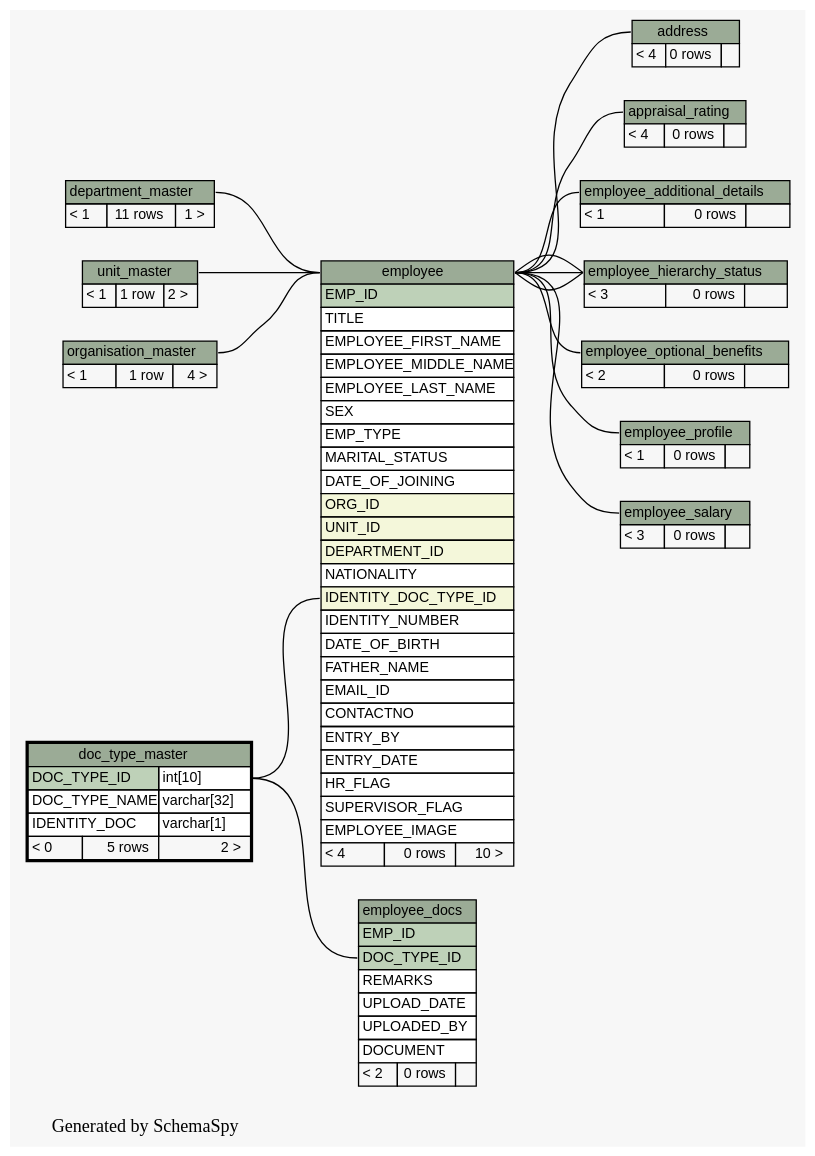
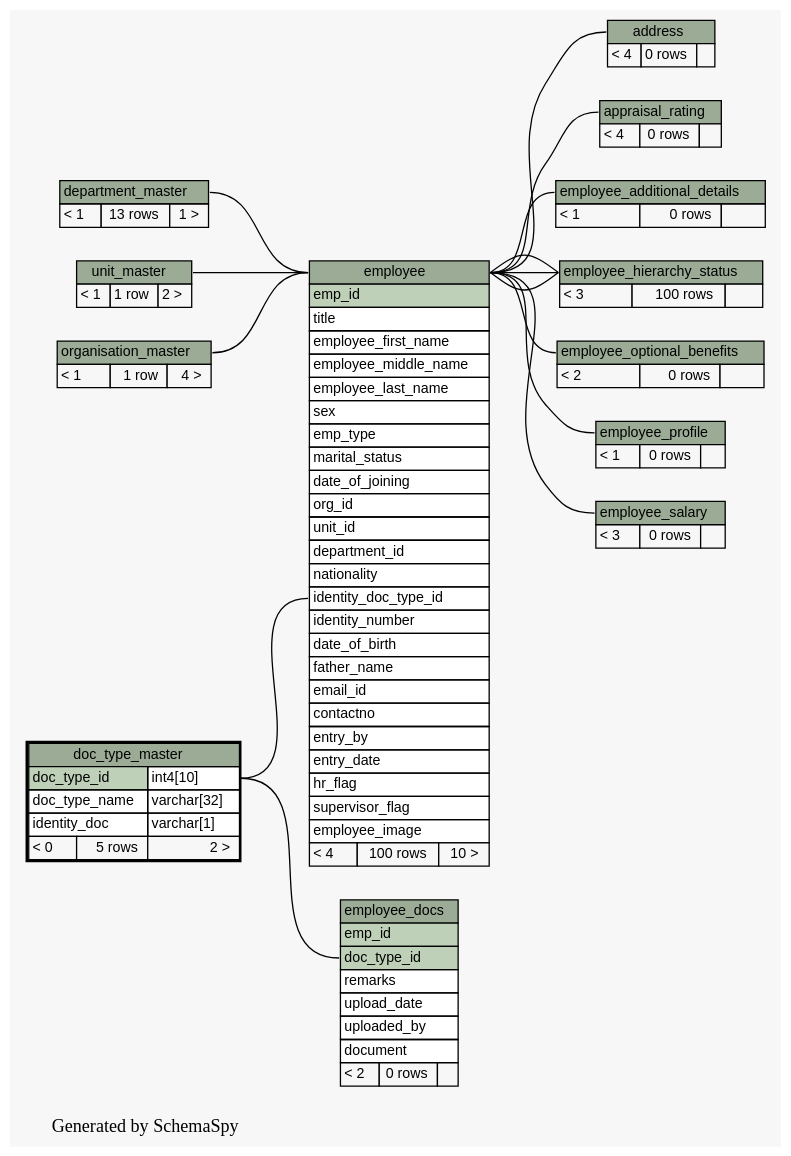
Before and after one commit to engineerscraft/hrms: the diagram in docs/database/schemaspy/graphs/doc_type_master.2degrees.dot, drawn with Graphviz. The commit also changed 214 other files, not shown here.

```diff
--- a/docs/database/schemaspy/graphs/doc_type_master.2degrees.dot
+++ b/docs/database/schemaspy/graphs/doc_type_master.2degrees.dot
@@ -14,14 +14,14 @@
   edge [
     arrowsize="0.8"
   ];
-  "address":"address.heading":w -> "employee":"employee.heading":e [arrowtail=tee arrowhead=none];
+  "address":"address.heading":w -> "employee":"employee.heading":e [arrowtail=crowtee arrowhead=none];
   "appraisal_rating":"appraisal_rating.heading":w -> "employee":"employee.heading":e [arrowtail=crowtee arrowhead=none];
   "employee":"employee.heading":w -> "department_master":"department_master.heading":e [arrowtail=crowodot arrowhead=none];
-  "employee":"IDENTITY_DOC_TYPE_ID":w -> "doc_type_master":"DOC_TYPE_ID.type":e [arrowtail=crowodot arrowhead=none];
+  "employee":"identity_doc_type_id":w -> "doc_type_master":"doc_type_id.type":e [arrowtail=crowodot arrowhead=none];
   "employee":"employee.heading":w -> "organisation_master":"organisation_master.heading":e [arrowtail=crowodot arrowhead=none];
   "employee":"employee.heading":w -> "unit_master":"unit_master.heading":e [arrowtail=crowodot arrowhead=none];
   "employee_additional_details":"employee_additional_details.heading":w -> "employee":"employee.heading":e [arrowtail=tee arrowhead=none];
-  "employee_docs":"DOC_TYPE_ID":w -> "doc_type_master":"DOC_TYPE_ID.type":e [arrowtail=crowtee arrowhead=none];
+  "employee_docs":"doc_type_id":w -> "doc_type_master":"doc_type_id.type":e [arrowtail=crowtee arrowhead=none];
   "employee_hierarchy_status":"employee_hierarchy_status.heading":w -> "employee":"employee.heading":e [arrowtail=tee arrowhead=none];
   "employee_hierarchy_status":"employee_hierarchy_status.heading":w -> "employee":"employee.heading":e [arrowtail=crowodot arrowhead=none];
   "employee_hierarchy_status":"employee_hierarchy_status.heading":w -> "employee":"employee.heading":e [arrowtail=crowodot arrowhead=none];
@@ -50,7 +50,7 @@
     label=<
     <TABLE BORDER="0" CELLBORDER="1" CELLSPACING="0" BGCOLOR="#ffffff">
       <TR><TD PORT="department_master.heading" COLSPAN="3" BGCOLOR="#9bab96" ALIGN="CENTER">department_master</TD></TR>
-      <TR><TD ALIGN="LEFT" BGCOLOR="#f7f7f7">&lt; 1</TD><TD ALIGN="RIGHT" BGCOLOR="#f7f7f7">11 rows</TD><TD ALIGN="RIGHT" BGCOLOR="#f7f7f7">1 &gt;</TD></TR>
+      <TR><TD ALIGN="LEFT" BGCOLOR="#f7f7f7">&lt; 1</TD><TD ALIGN="RIGHT" BGCOLOR="#f7f7f7">13 rows</TD><TD ALIGN="RIGHT" BGCOLOR="#f7f7f7">1 &gt;</TD></TR>
     </TABLE>>
     URL="department_master.html#graph"
     tooltip="department_master"
@@ -59,9 +59,9 @@
     label=<
     <TABLE BORDER="2" CELLBORDER="1" CELLSPACING="0" BGCOLOR="#ffffff">
       <TR><TD PORT="doc_type_master.heading" COLSPAN="3" BGCOLOR="#9bab96" ALIGN="CENTER">doc_type_master</TD></TR>
-      <TR><TD PORT="DOC_TYPE_ID" COLSPAN="2" BGCOLOR="#bed1b8" ALIGN="LEFT">DOC_TYPE_ID</TD><TD PORT="DOC_TYPE_ID.type" ALIGN="LEFT">int[10]</TD></TR>
-      <TR><TD PORT="DOC_TYPE_NAME" COLSPAN="2" ALIGN="LEFT">DOC_TYPE_NAME</TD><TD PORT="DOC_TYPE_NAME.type" ALIGN="LEFT">varchar[32]</TD></TR>
-      <TR><TD PORT="IDENTITY_DOC" COLSPAN="2" ALIGN="LEFT">IDENTITY_DOC</TD><TD PORT="IDENTITY_DOC.type" ALIGN="LEFT">varchar[1]</TD></TR>
+      <TR><TD PORT="doc_type_id" COLSPAN="2" BGCOLOR="#bed1b8" ALIGN="LEFT">doc_type_id</TD><TD PORT="doc_type_id.type" ALIGN="LEFT">int4[10]</TD></TR>
+      <TR><TD PORT="doc_type_name" COLSPAN="2" ALIGN="LEFT">doc_type_name</TD><TD PORT="doc_type_name.type" ALIGN="LEFT">varchar[32]</TD></TR>
+      <TR><TD PORT="identity_doc" COLSPAN="2" ALIGN="LEFT">identity_doc</TD><TD PORT="identity_doc.type" ALIGN="LEFT">varchar[1]</TD></TR>
       <TR><TD ALIGN="LEFT" BGCOLOR="#f7f7f7">&lt; 0</TD><TD ALIGN="RIGHT" BGCOLOR="#f7f7f7">5 rows</TD><TD ALIGN="RIGHT" BGCOLOR="#f7f7f7">2 &gt;</TD></TR>
     </TABLE>>
     URL="doc_type_master.html#"
@@ -71,31 +71,31 @@
     label=<
     <TABLE BORDER="0" CELLBORDER="1" CELLSPACING="0" BGCOLOR="#ffffff">
       <TR><TD PORT="employee.heading" COLSPAN="3" BGCOLOR="#9bab96" ALIGN="CENTER">employee</TD></TR>
-      <TR><TD PORT="EMP_ID" COLSPAN="3" BGCOLOR="#bed1b8" ALIGN="LEFT">EMP_ID</TD></TR>
-      <TR><TD PORT="TITLE" COLSPAN="3" ALIGN="LEFT">TITLE</TD></TR>
-      <TR><TD PORT="EMPLOYEE_FIRST_NAME" COLSPAN="3" ALIGN="LEFT">EMPLOYEE_FIRST_NAME</TD></TR>
-      <TR><TD PORT="EMPLOYEE_MIDDLE_NAME" COLSPAN="3" ALIGN="LEFT">EMPLOYEE_MIDDLE_NAME</TD></TR>
-      <TR><TD PORT="EMPLOYEE_LAST_NAME" COLSPAN="3" ALIGN="LEFT">EMPLOYEE_LAST_NAME</TD></TR>
-      <TR><TD PORT="SEX" COLSPAN="3" ALIGN="LEFT">SEX</TD></TR>
-      <TR><TD PORT="EMP_TYPE" COLSPAN="3" ALIGN="LEFT">EMP_TYPE</TD></TR>
-      <TR><TD PORT="MARITAL_STATUS" COLSPAN="3" ALIGN="LEFT">MARITAL_STATUS</TD></TR>
-      <TR><TD PORT="DATE_OF_JOINING" COLSPAN="3" ALIGN="LEFT">DATE_OF_JOINING</TD></TR>
-      <TR><TD PORT="ORG_ID" COLSPAN="3" BGCOLOR="#f4f7da" ALIGN="LEFT">ORG_ID</TD></TR>
-      <TR><TD PORT="UNIT_ID" COLSPAN="3" BGCOLOR="#f4f7da" ALIGN="LEFT">UNIT_ID</TD></TR>
-      <TR><TD PORT="DEPARTMENT_ID" COLSPAN="3" BGCOLOR="#f4f7da" ALIGN="LEFT">DEPARTMENT_ID</TD></TR>
-      <TR><TD PORT="NATIONALITY" COLSPAN="3" ALIGN="LEFT">NATIONALITY</TD></TR>
-      <TR><TD PORT="IDENTITY_DOC_TYPE_ID" COLSPAN="3" BGCOLOR="#f4f7da" ALIGN="LEFT">IDENTITY_DOC_TYPE_ID</TD></TR>
-      <TR><TD PORT="IDENTITY_NUMBER" COLSPAN="3" ALIGN="LEFT">IDENTITY_NUMBER</TD></TR>
-      <TR><TD PORT="DATE_OF_BIRTH" COLSPAN="3" ALIGN="LEFT">DATE_OF_BIRTH</TD></TR>
-      <TR><TD PORT="FATHER_NAME" COLSPAN="3" ALIGN="LEFT">FATHER_NAME</TD></TR>
-      <TR><TD PORT="EMAIL_ID" COLSPAN="3" ALIGN="LEFT">EMAIL_ID</TD></TR>
-      <TR><TD PORT="CONTACTNO" COLSPAN="3" ALIGN="LEFT">CONTACTNO</TD></TR>
-      <TR><TD PORT="ENTRY_BY" COLSPAN="3" ALIGN="LEFT">ENTRY_BY</TD></TR>
-      <TR><TD PORT="ENTRY_DATE" COLSPAN="3" ALIGN="LEFT">ENTRY_DATE</TD></TR>
-      <TR><TD PORT="HR_FLAG" COLSPAN="3" ALIGN="LEFT">HR_FLAG</TD></TR>
-      <TR><TD PORT="SUPERVISOR_FLAG" COLSPAN="3" ALIGN="LEFT">SUPERVISOR_FLAG</TD></TR>
-      <TR><TD PORT="EMPLOYEE_IMAGE" COLSPAN="3" ALIGN="LEFT">EMPLOYEE_IMAGE</TD></TR>
-      <TR><TD ALIGN="LEFT" BGCOLOR="#f7f7f7">&lt; 4</TD><TD ALIGN="RIGHT" BGCOLOR="#f7f7f7">0 rows</TD><TD ALIGN="RIGHT" BGCOLOR="#f7f7f7">10 &gt;</TD></TR>
+      <TR><TD PORT="emp_id" COLSPAN="3" BGCOLOR="#bed1b8" ALIGN="LEFT">emp_id</TD></TR>
+      <TR><TD PORT="title" COLSPAN="3" ALIGN="LEFT">title</TD></TR>
+      <TR><TD PORT="employee_first_name" COLSPAN="3" ALIGN="LEFT">employee_first_name</TD></TR>
+      <TR><TD PORT="employee_middle_name" COLSPAN="3" ALIGN="LEFT">employee_middle_name</TD></TR>
+      <TR><TD PORT="employee_last_name" COLSPAN="3" ALIGN="LEFT">employee_last_name</TD></TR>
+      <TR><TD PORT="sex" COLSPAN="3" ALIGN="LEFT">sex</TD></TR>
+      <TR><TD PORT="emp_type" COLSPAN="3" ALIGN="LEFT">emp_type</TD></TR>
+      <TR><TD PORT="marital_status" COLSPAN="3" ALIGN="LEFT">marital_status</TD></TR>
+      <TR><TD PORT="date_of_joining" COLSPAN="3" ALIGN="LEFT">date_of_joining</TD></TR>
+      <TR><TD PORT="org_id" COLSPAN="3" ALIGN="LEFT">org_id</TD></TR>
+      <TR><TD PORT="unit_id" COLSPAN="3" ALIGN="LEFT">unit_id</TD></TR>
+      <TR><TD PORT="department_id" COLSPAN="3" ALIGN="LEFT">department_id</TD></TR>
+      <TR><TD PORT="nationality" COLSPAN="3" ALIGN="LEFT">nationality</TD></TR>
+      <TR><TD PORT="identity_doc_type_id" COLSPAN="3" ALIGN="LEFT">identity_doc_type_id</TD></TR>
+      <TR><TD PORT="identity_number" COLSPAN="3" ALIGN="LEFT">identity_number</TD></TR>
+      <TR><TD PORT="date_of_birth" COLSPAN="3" ALIGN="LEFT">date_of_birth</TD></TR>
+      <TR><TD PORT="father_name" COLSPAN="3" ALIGN="LEFT">father_name</TD></TR>
+      <TR><TD PORT="email_id" COLSPAN="3" ALIGN="LEFT">email_id</TD></TR>
+      <TR><TD PORT="contactno" COLSPAN="3" ALIGN="LEFT">contactno</TD></TR>
+      <TR><TD PORT="entry_by" COLSPAN="3" ALIGN="LEFT">entry_by</TD></TR>
+      <TR><TD PORT="entry_date" COLSPAN="3" ALIGN="LEFT">entry_date</TD></TR>
+      <TR><TD PORT="hr_flag" COLSPAN="3" ALIGN="LEFT">hr_flag</TD></TR>
+      <TR><TD PORT="supervisor_flag" COLSPAN="3" ALIGN="LEFT">supervisor_flag</TD></TR>
+      <TR><TD PORT="employee_image" COLSPAN="3" ALIGN="LEFT">employee_image</TD></TR>
+      <TR><TD ALIGN="LEFT" BGCOLOR="#f7f7f7">&lt; 4</TD><TD ALIGN="RIGHT" BGCOLOR="#f7f7f7">100 rows</TD><TD ALIGN="RIGHT" BGCOLOR="#f7f7f7">10 &gt;</TD></TR>
     </TABLE>>
     URL="employee.html#graph"
     tooltip="employee"
@@ -113,12 +113,12 @@
     label=<
     <TABLE BORDER="0" CELLBORDER="1" CELLSPACING="0" BGCOLOR="#ffffff">
       <TR><TD PORT="employee_docs.heading" COLSPAN="3" BGCOLOR="#9bab96" ALIGN="CENTER">employee_docs</TD></TR>
-      <TR><TD PORT="EMP_ID" COLSPAN="3" BGCOLOR="#bed1b8" ALIGN="LEFT">EMP_ID</TD></TR>
-      <TR><TD PORT="DOC_TYPE_ID" COLSPAN="3" BGCOLOR="#bed1b8" ALIGN="LEFT">DOC_TYPE_ID</TD></TR>
-      <TR><TD PORT="REMARKS" COLSPAN="3" ALIGN="LEFT">REMARKS</TD></TR>
-      <TR><TD PORT="UPLOAD_DATE" COLSPAN="3" ALIGN="LEFT">UPLOAD_DATE</TD></TR>
-      <TR><TD PORT="UPLOADED_BY" COLSPAN="3" ALIGN="LEFT">UPLOADED_BY</TD></TR>
-      <TR><TD PORT="DOCUMENT" COLSPAN="3" ALIGN="LEFT">DOCUMENT</TD></TR>
+      <TR><TD PORT="emp_id" COLSPAN="3" BGCOLOR="#bed1b8" ALIGN="LEFT">emp_id</TD></TR>
+      <TR><TD PORT="doc_type_id" COLSPAN="3" BGCOLOR="#bed1b8" ALIGN="LEFT">doc_type_id</TD></TR>
+      <TR><TD PORT="remarks" COLSPAN="3" ALIGN="LEFT">remarks</TD></TR>
+      <TR><TD PORT="upload_date" COLSPAN="3" ALIGN="LEFT">upload_date</TD></TR>
+      <TR><TD PORT="uploaded_by" COLSPAN="3" ALIGN="LEFT">uploaded_by</TD></TR>
+      <TR><TD PORT="document" COLSPAN="3" ALIGN="LEFT">document</TD></TR>
       <TR><TD ALIGN="LEFT" BGCOLOR="#f7f7f7">&lt; 2</TD><TD ALIGN="RIGHT" BGCOLOR="#f7f7f7">0 rows</TD><TD ALIGN="RIGHT" BGCOLOR="#f7f7f7">  </TD></TR>
     </TABLE>>
     URL="employee_docs.html#graph"
@@ -128,7 +128,7 @@
     label=<
     <TABLE BORDER="0" CELLBORDER="1" CELLSPACING="0" BGCOLOR="#ffffff">
       <TR><TD PORT="employee_hierarchy_status.heading" COLSPAN="3" BGCOLOR="#9bab96" ALIGN="CENTER">employee_hierarchy_status</TD></TR>
-      <TR><TD ALIGN="LEFT" BGCOLOR="#f7f7f7">&lt; 3</TD><TD ALIGN="RIGHT" BGCOLOR="#f7f7f7">0 rows</TD><TD ALIGN="RIGHT" BGCOLOR="#f7f7f7">  </TD></TR>
+      <TR><TD ALIGN="LEFT" BGCOLOR="#f7f7f7">&lt; 3</TD><TD ALIGN="RIGHT" BGCOLOR="#f7f7f7">100 rows</TD><TD ALIGN="RIGHT" BGCOLOR="#f7f7f7">  </TD></TR>
     </TABLE>>
     URL="employee_hierarchy_status.html#graph"
     tooltip="employee_hierarchy_status"
```
